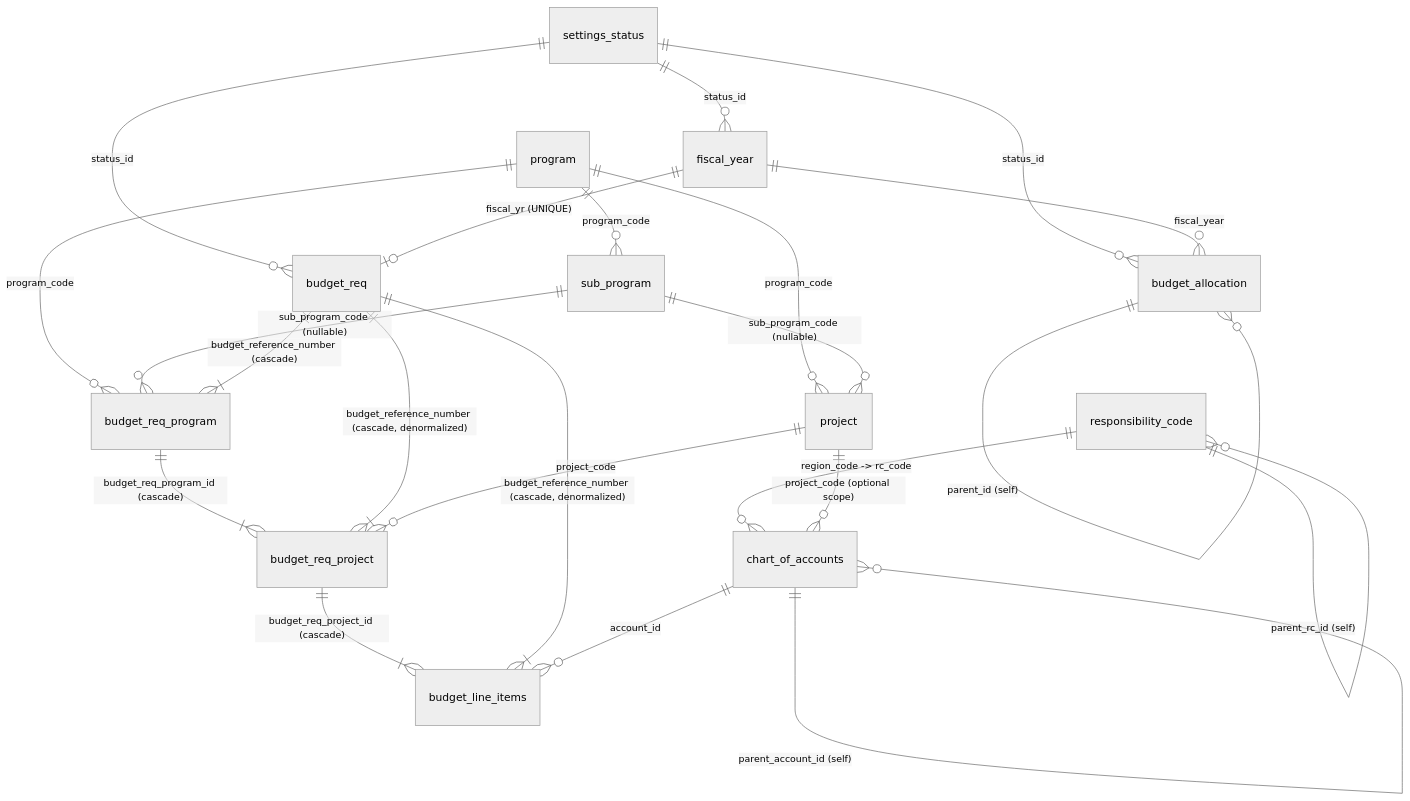
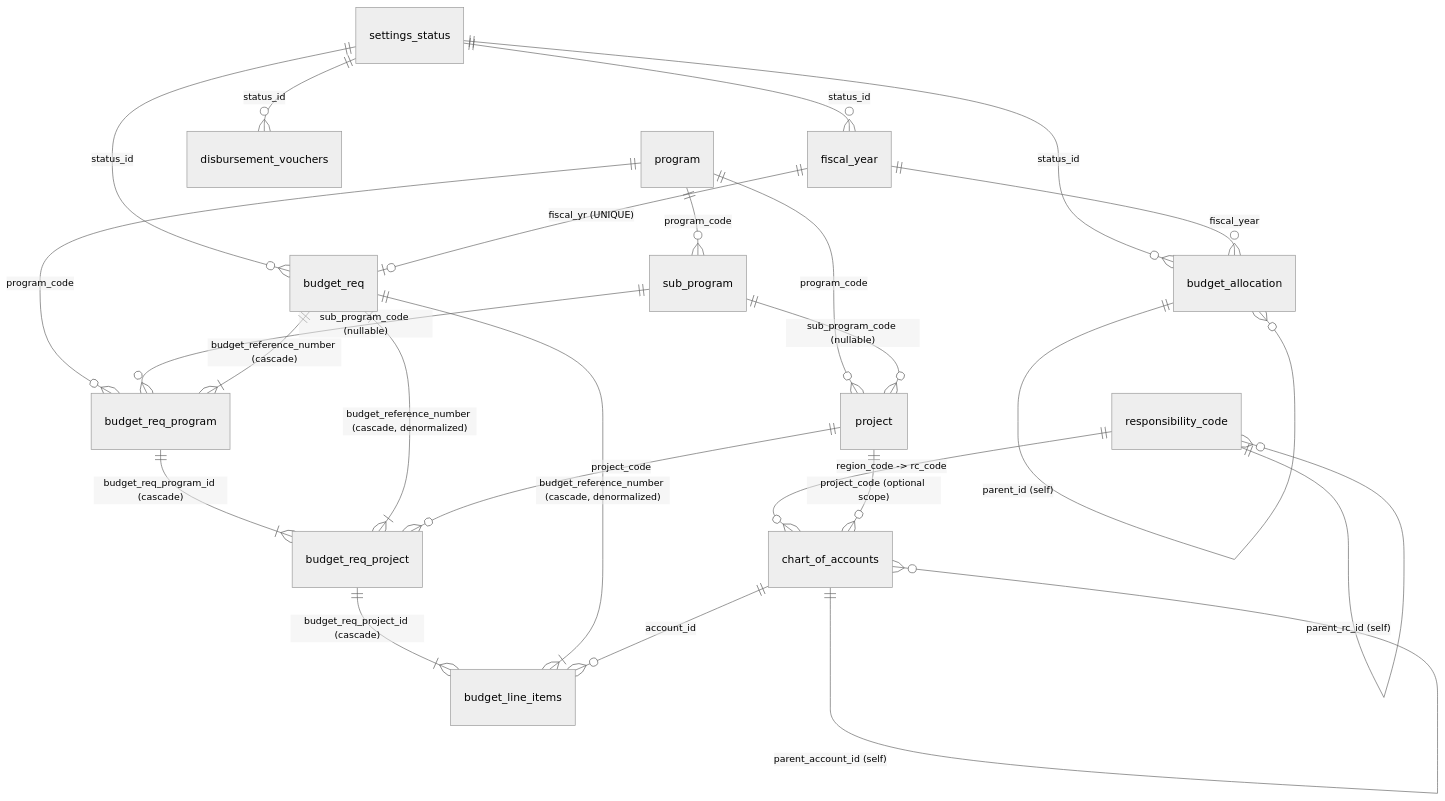
One commit to A-team-ITBS/fims-nha changed the fourth of 7 diagrams in system_docs/ERD/README.md. Above: the diagram before and after it, drawn with Mermaid (neutral theme). The commit also changed other lines of this file and 7 other files, not shown here.

First line of the commit message:
Add foreign key relationship for disbursement_vouchers to settings_status

````diff
--- a/system_docs/ERD/README.md
+++ b/system_docs/ERD/README.md
@@ -126,25 +126,26 @@
 ```mermaid
 erDiagram
     settings_status ||--o{ fiscal_year : "status_id"
     settings_status ||--o{ budget_req : "status_id"
     settings_status ||--o{ budget_allocation : "status_id"
+    settings_status ||--o{ disbursement_vouchers : "status_id"
     fiscal_year ||--o| budget_req : "fiscal_yr (UNIQUE)"
     fiscal_year ||--o{ budget_allocation : "fiscal_year"
     program ||--o{ sub_program : "program_code"
     program ||--o{ project : "program_code"
     program ||--o{ budget_req_program : "program_code"
     sub_program ||--o{ project : "sub_program_code (nullable)"
     sub_program ||--o{ budget_req_program : "sub_program_code (nullable)"
     budget_req ||--|{ budget_req_program : "budget_reference_number (cascade)"
     budget_req_program ||--|{ budget_req_project : "budget_req_program_id (cascade)"
     budget_req ||--|{ budget_req_project : "budget_reference_number (cascade, denormalized)"
     project ||--o{ budget_req_project : "project_code"
     budget_req_project ||--|{ budget_line_items : "budget_req_project_id (cascade)"
     budget_req ||--|{ budget_line_items : "budget_reference_number (cascade, denormalized)"
     chart_of_accounts ||--o{ budget_line_items : "account_id"
     chart_of_accounts ||--o{ chart_of_accounts : "parent_account_id (self)"
     responsibility_code ||--o{ responsibility_code : "parent_rc_id (self)"
     responsibility_code ||--o{ chart_of_accounts : "region_code -> rc_code"
     project ||--o{ chart_of_accounts : "project_code (optional scope)"
     budget_allocation ||--o{ budget_allocation : "parent_id (self)"
 ```
````
